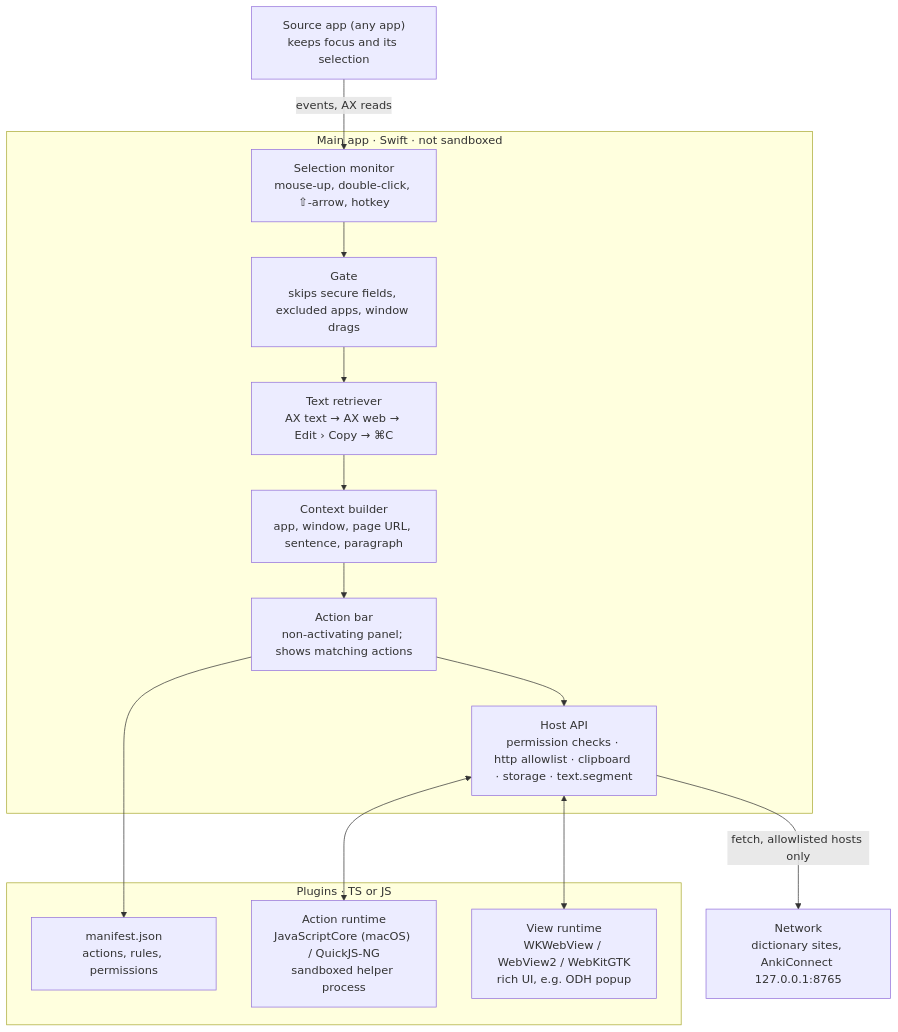
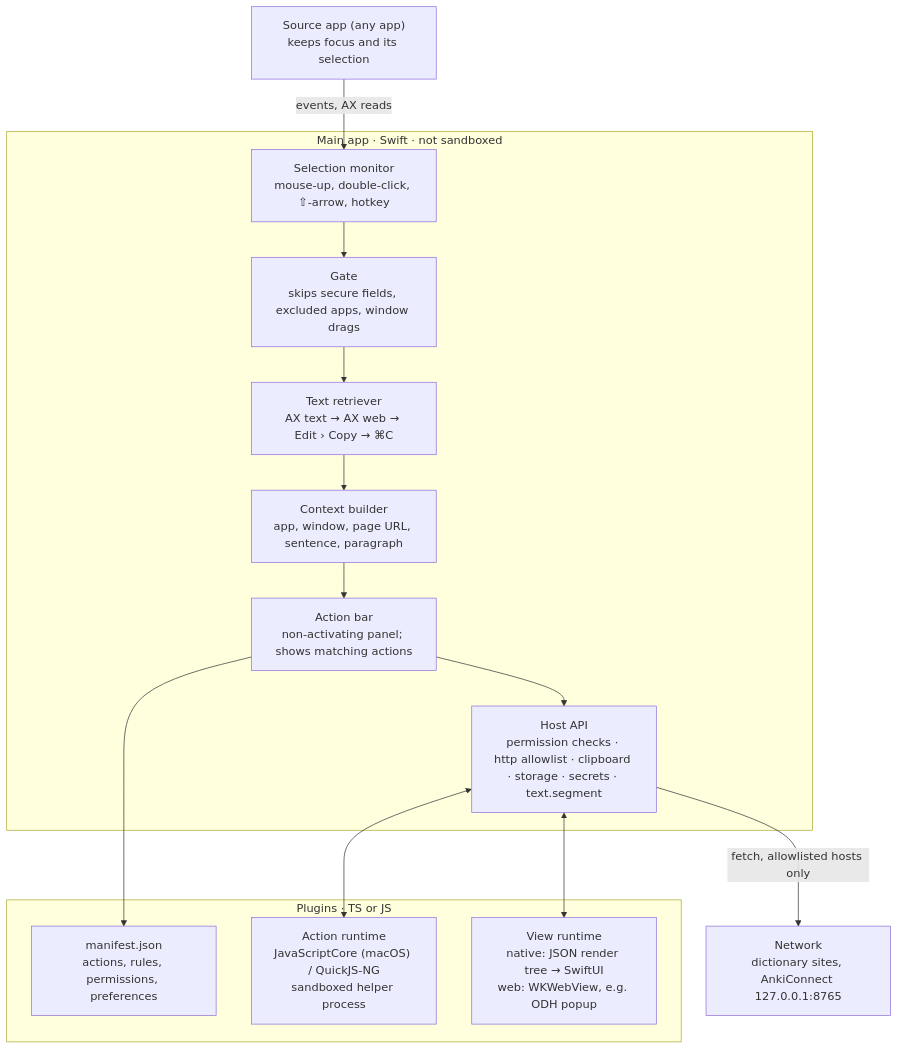
The first of 2 diagrams in docs/tec-design.md (mx-in/ODH), drawn with Mermaid before and after one commit. The commit also changed other lines of this file and 2 other files, not shown here.

First line of the commit message:
docs(design): research the plugin runtime, storage and UI, and redesign the plugin system

````diff
--- a/docs/tec-design.md
+++ b/docs/tec-design.md
@@ -57,24 +57,24 @@
 ```mermaid
 flowchart TB
   src["Source app (any app)<br/>keeps focus and its selection"]
   subgraph main["Main app · Swift · not sandboxed"]
     mon["Selection monitor<br/>mouse-up, double-click, ⇧-arrow, hotkey"]
     gate["Gate<br/>skips secure fields, excluded apps, window drags"]
     ret["Text retriever<br/>AX text → AX web → Edit › Copy → ⌘C"]
     ctx["Context builder<br/>app, window, page URL, sentence, paragraph"]
     bar["Action bar<br/>non-activating panel; shows matching actions"]
-    host["Host API<br/>permission checks · http allowlist · clipboard · storage · text.segment"]
+    host["Host API<br/>permission checks · http allowlist · clipboard · storage · secrets · text.segment"]
     mon --> gate --> ret --> ctx --> bar --> host
   end
   subgraph plugins["Plugins · TS or JS"]
-    man["manifest.json<br/>actions, rules, permissions"]
+    man["manifest.json<br/>actions, rules, permissions, preferences"]
     act["Action runtime<br/>JavaScriptCore (macOS) / QuickJS-NG<br/>sandboxed helper process"]
-    view["View runtime<br/>WKWebView / WebView2 / WebKitGTK<br/>rich UI, e.g. ODH popup"]
+    view["View runtime<br/>native: JSON render tree → SwiftUI<br/>web: WKWebView, e.g. ODH popup"]
   end
   net["Network<br/>dictionary sites, AnkiConnect 127.0.0.1:8765"]
   src -- "events, AX reads" --> mon
   bar --> man
   host <--> act
   host <--> view
   host -- "fetch, allowlisted hosts only" --> net
 ```
````
